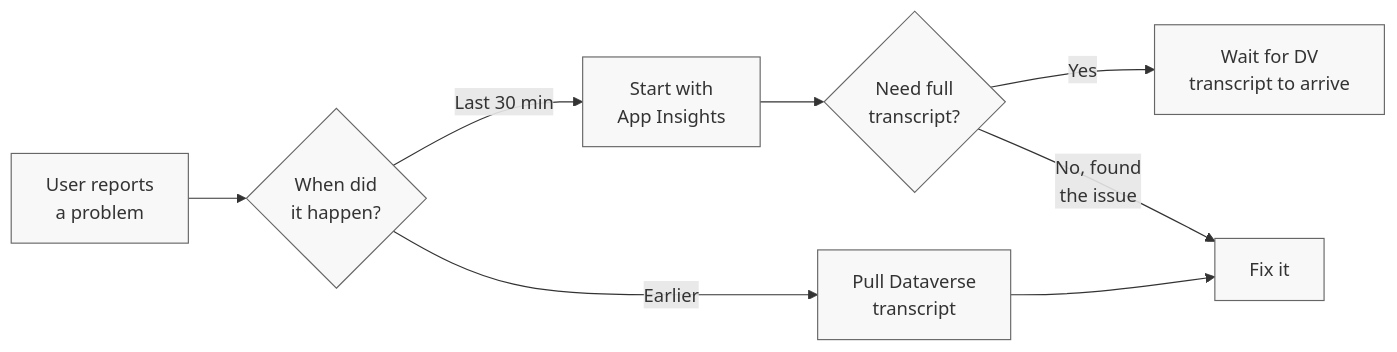
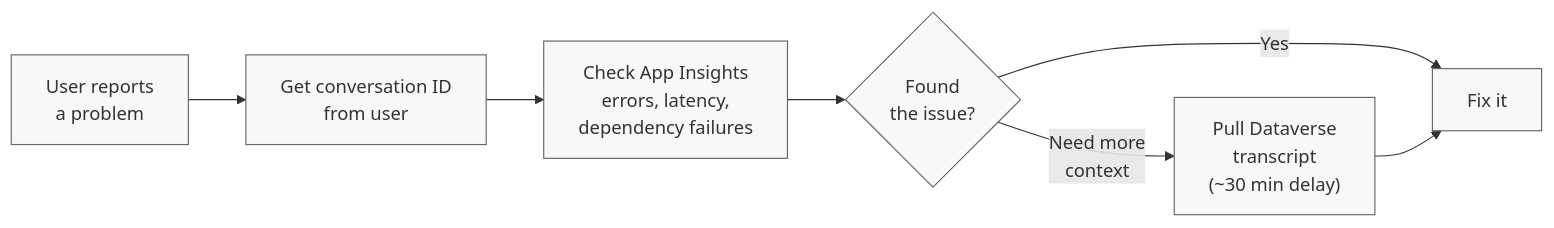
The second of 2 diagrams in _posts/2026-03-19-open-the-hood-copilot-studio-transcripts.md (microsoft/mcscatblog), drawn with Mermaid before and after one commit. The commit also changed other lines of this file and 2 other files, not shown here.

````diff
--- a/_posts/2026-03-19-open-the-hood-copilot-studio-transcripts.md
+++ b/_posts/2026-03-19-open-the-hood-copilot-studio-transcripts.md
@@ -125,12 +130,11 @@
 ```mermaid
 flowchart LR
-    R["User reports<br/>a problem"] --> W{"When did<br/>it happen?"}
-    W -->|"Last 30 min"| AI["Start with<br/>App Insights"]
-    W -->|"Earlier"| DV["Pull Dataverse<br/>transcript"]
-    AI --> T{"Need full<br/>transcript?"}
-    T -->|"Yes"| WAIT["Wait for DV<br/>transcript to arrive"]
-    T -->|"No, found<br/>the issue"| FIX["Fix it"]
+    R["User reports<br/>a problem"] --> ID["Get conversation ID<br/>from user"]
+    ID --> AI["Check App Insights<br/>errors, latency,<br/>dependency failures"]
+    AI --> E{"Found<br/>the issue?"}
+    E -->|"Yes"| FIX["Fix it"]
+    E -->|"Need more<br/>context"| DV["Pull Dataverse<br/>transcript<br/>(~30 min delay)"]
     DV --> FIX
 
     classDef default fill:#f8f8f8,stroke:#666,color:#333
 ```
````
